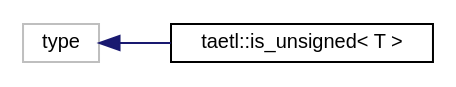
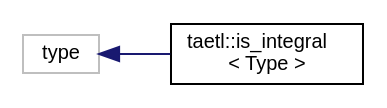
Before and after one commit to tobanteAudio/taetl: the diagram in inherit_graph_25.dot, drawn with Graphviz. The commit also changed 113 other files, not shown here.

```diff
--- a/inherit_graph_25.dot
+++ b/inherit_graph_25.dot
@@ -1,9 +1,9 @@
 digraph "Graphical Class Hierarchy"
 {
   edge [fontname="Helvetica",fontsize="10",labelfontname="Helvetica",labelfontsize="10"];
   node [fontname="Helvetica",fontsize="10",shape=record];
   rankdir="LR";
-  Node2 [label="type",height=0.2,width=0.4,color="grey75", fillcolor="white", style="filled"];
-  Node2 -> Node0 [dir="back",color="midnightblue",fontsize="10",style="solid",fontname="Helvetica"];
-  Node0 [label="taetl::is_unsigned\< T \>",height=0.2,width=0.4,color="black", fillcolor="white", style="filled",URL="$structtaetl_1_1is__unsigned.html",tooltip="If T is an arithmetic type, provides the member constant value equal to true if T(0) < T(-1): this re..."];
+  Node4 [label="type",height=0.2,width=0.4,color="grey75", fillcolor="white", style="filled"];
+  Node4 -> Node0 [dir="back",color="midnightblue",fontsize="10",style="solid",fontname="Helvetica"];
+  Node0 [label="taetl::is_integral\l\< Type \>",height=0.2,width=0.4,color="black", fillcolor="white", style="filled",URL="$structtaetl_1_1is__integral.html"];
 }
```
